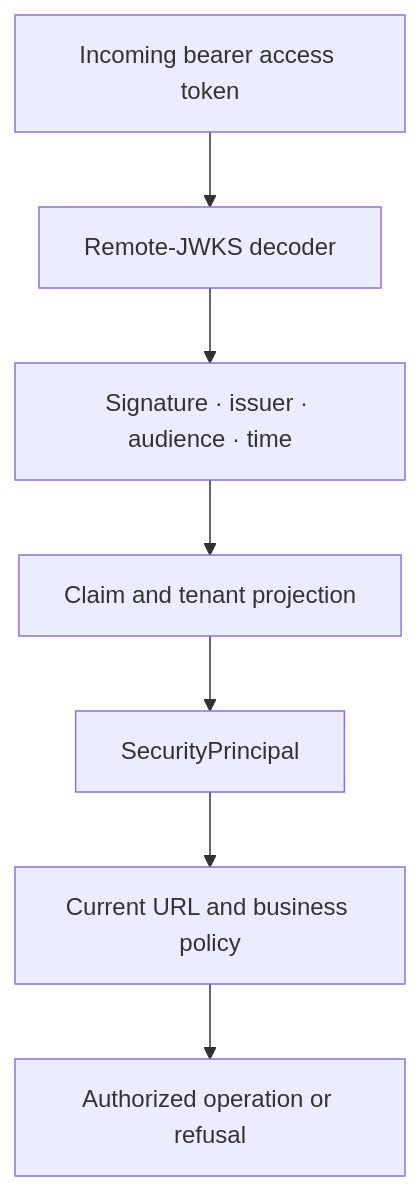
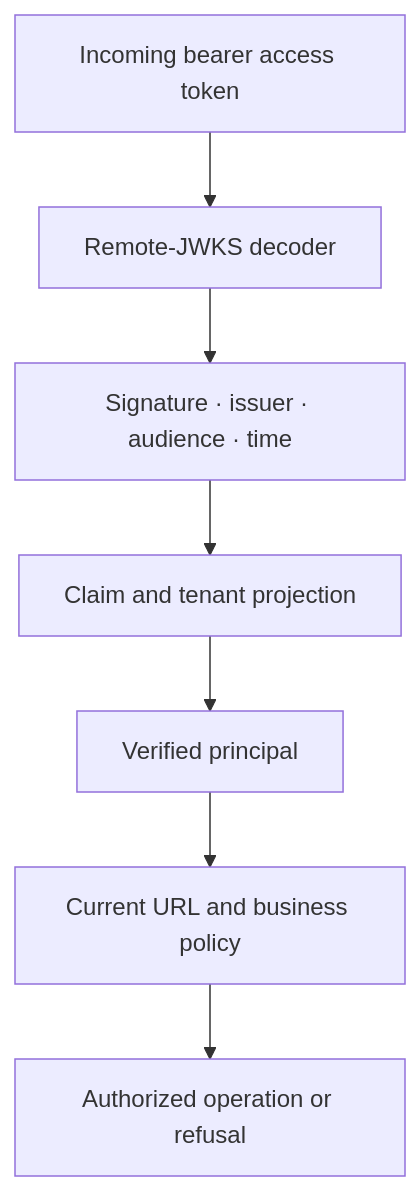
One commit to fireflysoftwaresolutions/firefly-id changed the diagram in docs/jafly.md. Above: the diagram before and after it, drawn with Mermaid. The commit also changed 7 other files, not shown here.

Commit message:
Keep diagram text clear of connectors and preserve intrinsic SVG dimensions

````diff
--- a/docs/jafly.md
+++ b/docs/jafly.md
@@ -58,9 +58,9 @@
 ```mermaid
 flowchart TD
     Bearer[Incoming bearer access token] --> Decoder[Remote-JWKS decoder]
     Decoder --> Validate[Signature · issuer · audience · time]
     Validate --> Converter[Claim and tenant projection]
-    Converter --> Principal[SecurityPrincipal]
+    Converter --> Principal[Verified principal]
     Principal --> Policy[Current URL and business policy]
     Policy --> Result[Authorized operation or refusal]
 ```
````
